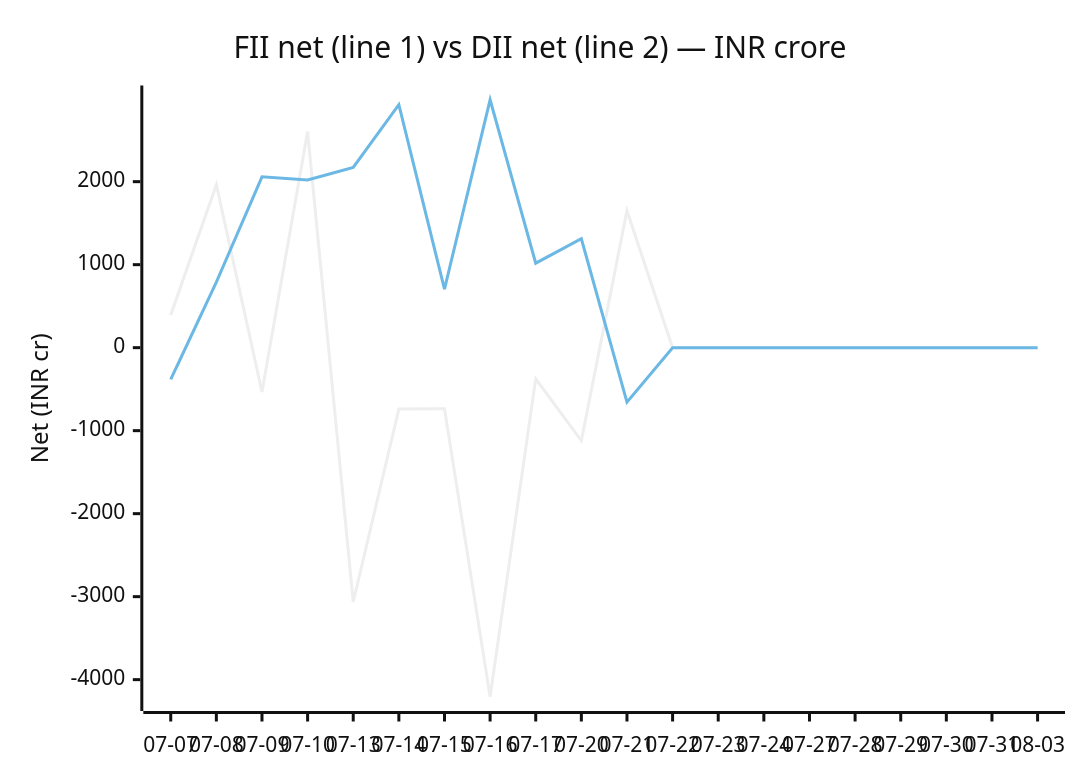
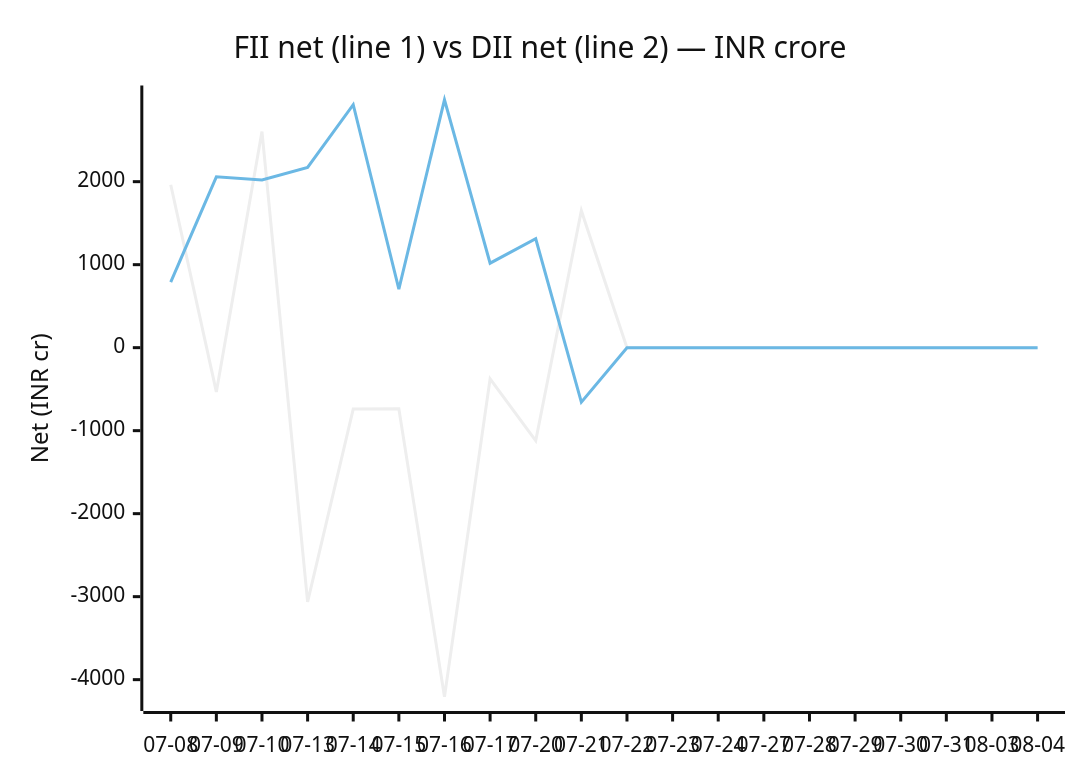
One commit to chirag127/fii-dii-activity-api changed the diagram in README.md. Above: the diagram before and after it, drawn with Mermaid (neutral theme). The commit also changed 2 other files, not shown here.

Commit message:
data: scrape 2026-08-04

````diff
--- a/README.md
+++ b/README.md
@@ -25,8 +25,8 @@
 ```mermaid
 xychart-beta
     title "FII net (line 1) vs DII net (line 2) — INR crore"
-    x-axis ["07-07", "07-08", "07-09", "07-10", "07-13", "07-14", "07-15", "07-16", "07-17", "07-20", "07-21", "07-22", "07-23", "07-24", "07-27", "07-28", "07-29", "07-30", "07-31", "08-03"]
+    x-axis ["07-08", "07-09", "07-10", "07-13", "07-14", "07-15", "07-16", "07-17", "07-20", "07-21", "07-22", "07-23", "07-24", "07-27", "07-28", "07-29", "07-30", "07-31", "08-03", "08-04"]
     y-axis "Net (INR cr)" -4206 --> 2987
-    line [393.19, 1962.8, -532.86, 2603.72, -3062.27, -739.69, -735.83, -4205.56, -376.41, -1121.04, 1650.16, 0, 0, 0, 0, 0, 0, 0, 0, 0]
-    line [-383.43, 790.16, 2057.79, 2019.68, 2171.7, 2927.71, 704.93, 2986.41, 1017.89, 1312.03, -656.88, 0, 0, 0, 0, 0, 0, 0, 0, 0]
+    line [1962.8, -532.86, 2603.72, -3062.27, -739.69, -735.83, -4205.56, -376.41, -1121.04, 1650.16, 0, 0, 0, 0, 0, 0, 0, 0, 0, 0]
+    line [790.16, 2057.79, 2019.68, 2171.7, 2927.71, 704.93, 2986.41, 1017.89, 1312.03, -656.88, 0, 0, 0, 0, 0, 0, 0, 0, 0, 0]
 ```
````
